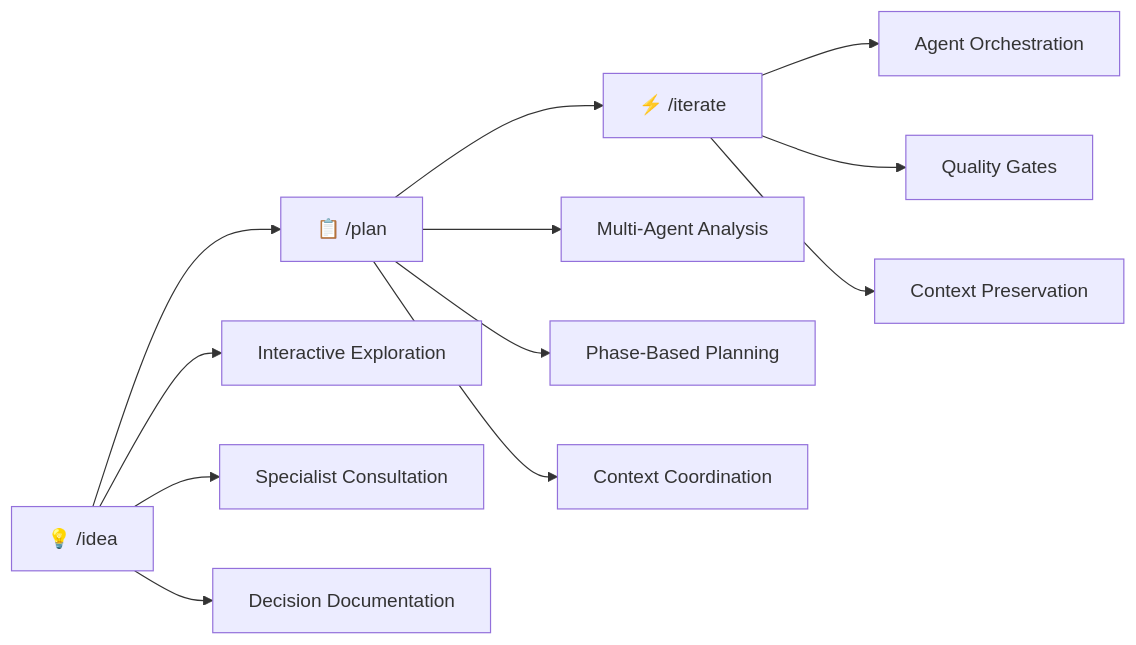
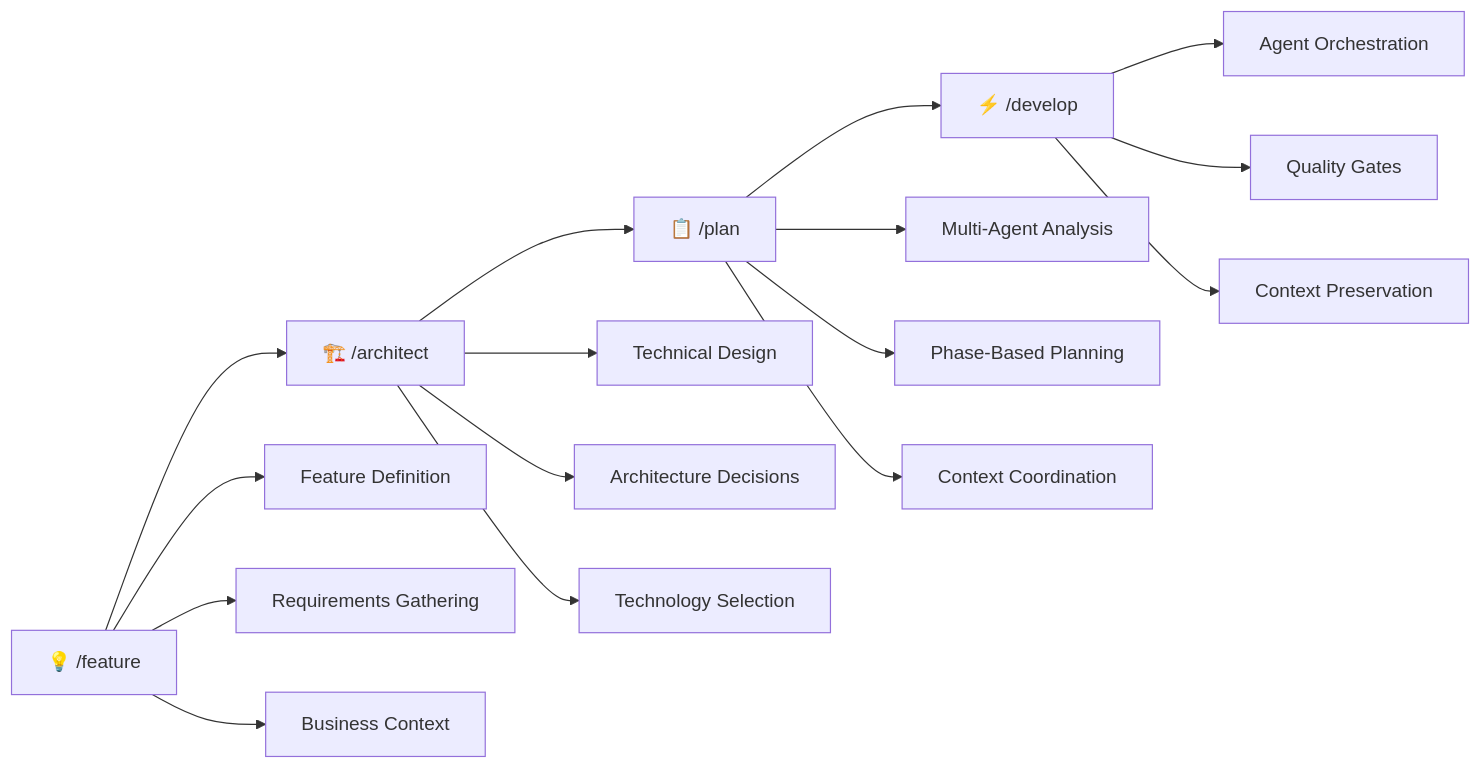
The diagram in README.md (TaylorHuston/ai-coding-template), drawn with Mermaid before and after one commit. The commit also changed other lines of this file and 22 other files, not shown here.

First line of the commit message:
refactor(docs)!: consolidate documentation architecture and standardize core workflow

````diff
--- a/README.md
+++ b/README.md
@@ -81,16 +81,20 @@
 ```mermaid
 graph LR
-    A[💡 /idea] --> B[📋 /plan] --> C[⚡ /iterate]
+    A[💡 /feature] --> B[🏗️ /architect] --> C[📋 /plan] --> D[⚡ /develop]
 
-    A --> A1[Interactive Exploration]
-    A --> A2[Specialist Consultation]
-    A --> A3[Decision Documentation]
+    A --> A1[Feature Definition]
+    A --> A2[Requirements Gathering]
+    A --> A3[Business Context]
 
-    B --> B1[Multi-Agent Analysis]
-    B --> B2[Phase-Based Planning]
-    B --> B3[Context Coordination]
+    B --> B1[Technical Design]
+    B --> B2[Architecture Decisions]
+    B --> B3[Technology Selection]
 
-    C --> C1[Agent Orchestration]
-    C --> C2[Quality Gates]
-    C --> C3[Context Preservation]
+    C --> C1[Multi-Agent Analysis]
+    C --> C2[Phase-Based Planning]
+    C --> C3[Context Coordination]
+
+    D --> D1[Agent Orchestration]
+    D --> D2[Quality Gates]
+    D --> D3[Context Preservation]
 ```
````
